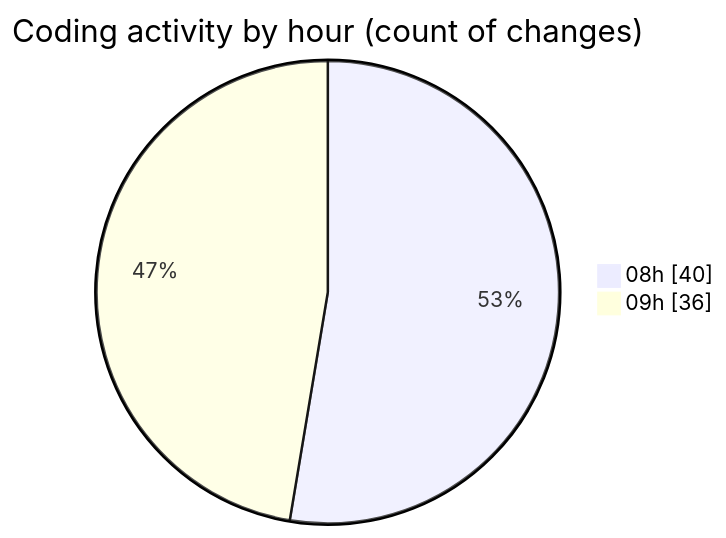
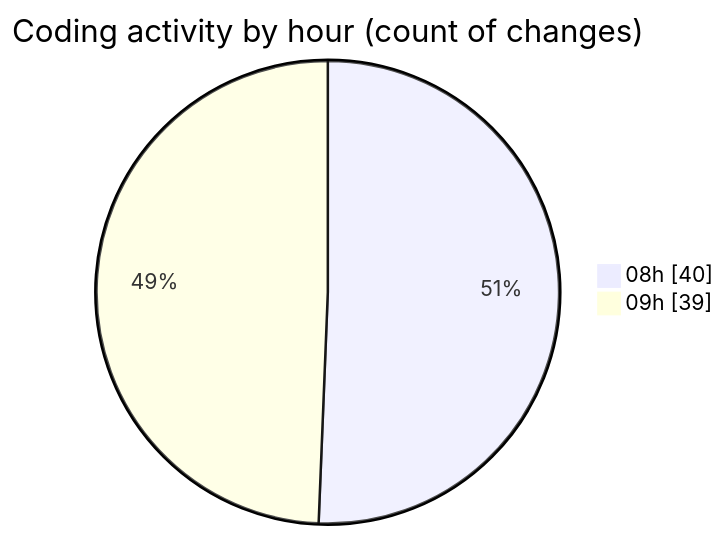
Before and after one commit to robertbonfada/code-tracking: the second of 2 diagrams in 2025-01-27/mbc-web/README.md, drawn with Mermaid. The commit also changed other lines of this file and 1 other file, not shown here.

````diff
--- a/2025-01-27/mbc-web/README.md
+++ b/2025-01-27/mbc-web/README.md
@@ -44,6 +44,6 @@
 ```mermaid
 pie showData
 title Coding activity by hour (count of changes)
 "08h" : 40
-"09h" : 36
+"09h" : 39
 ```
````
